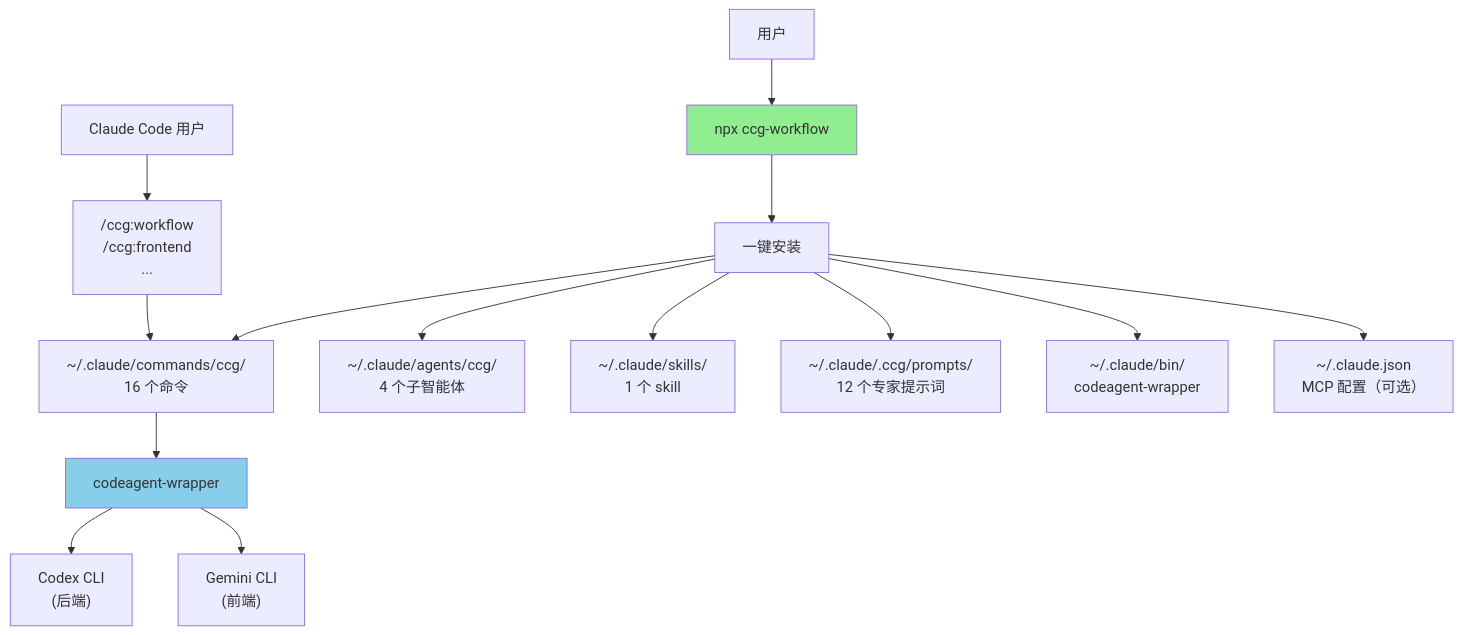
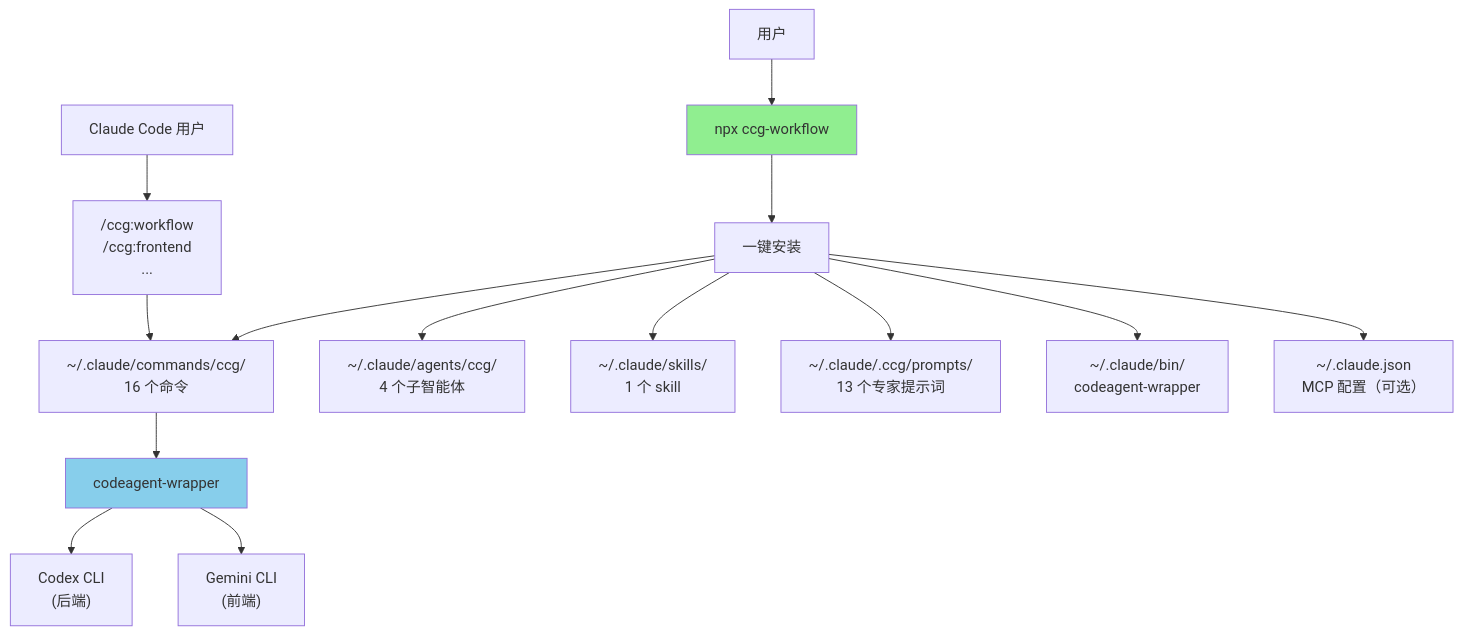
The diagram in CLAUDE.md (stars20260301/ccg-workflow), drawn with Mermaid before and after one commit. The commit also changed other lines of this file and 4 other files, not shown here.

First line of the commit message:
fix: 添加缺失的 gemini/architect.md 修复会话复用失败 (v1.7.47)

````diff
--- a/CLAUDE.md
+++ b/CLAUDE.md
@@ -225,22 +230,22 @@
 ```mermaid
 graph TD
     User["用户"] --> CLI["npx ccg-workflow"]
     CLI --> Init["一键安装"]
     
     Init --> Commands["~/.claude/commands/ccg/<br/>16 个命令"]
     Init --> Agents["~/.claude/agents/ccg/<br/>4 个子智能体"]
     Init --> Skills["~/.claude/skills/<br/>1 个 skill"]
-    Init --> Prompts["~/.claude/.ccg/prompts/<br/>12 个专家提示词"]
+    Init --> Prompts["~/.claude/.ccg/prompts/<br/>13 个专家提示词"]
     Init --> Binary["~/.claude/bin/<br/>codeagent-wrapper"]
     Init --> MCP["~/.claude.json<br/>MCP 配置（可选）"]
 
     User2["Claude Code 用户"] --> SlashCmd["/ccg:workflow<br/>/ccg:frontend<br/>..."]
     SlashCmd --> Commands
 
     Commands --> Wrapper["codeagent-wrapper"]
     Wrapper --> Codex["Codex CLI<br/>(后端)"]
     Wrapper --> Gemini["Gemini CLI<br/>(前端)"]
 
     style CLI fill:#90EE90
     style Wrapper fill:#87CEEB
 ```
````
